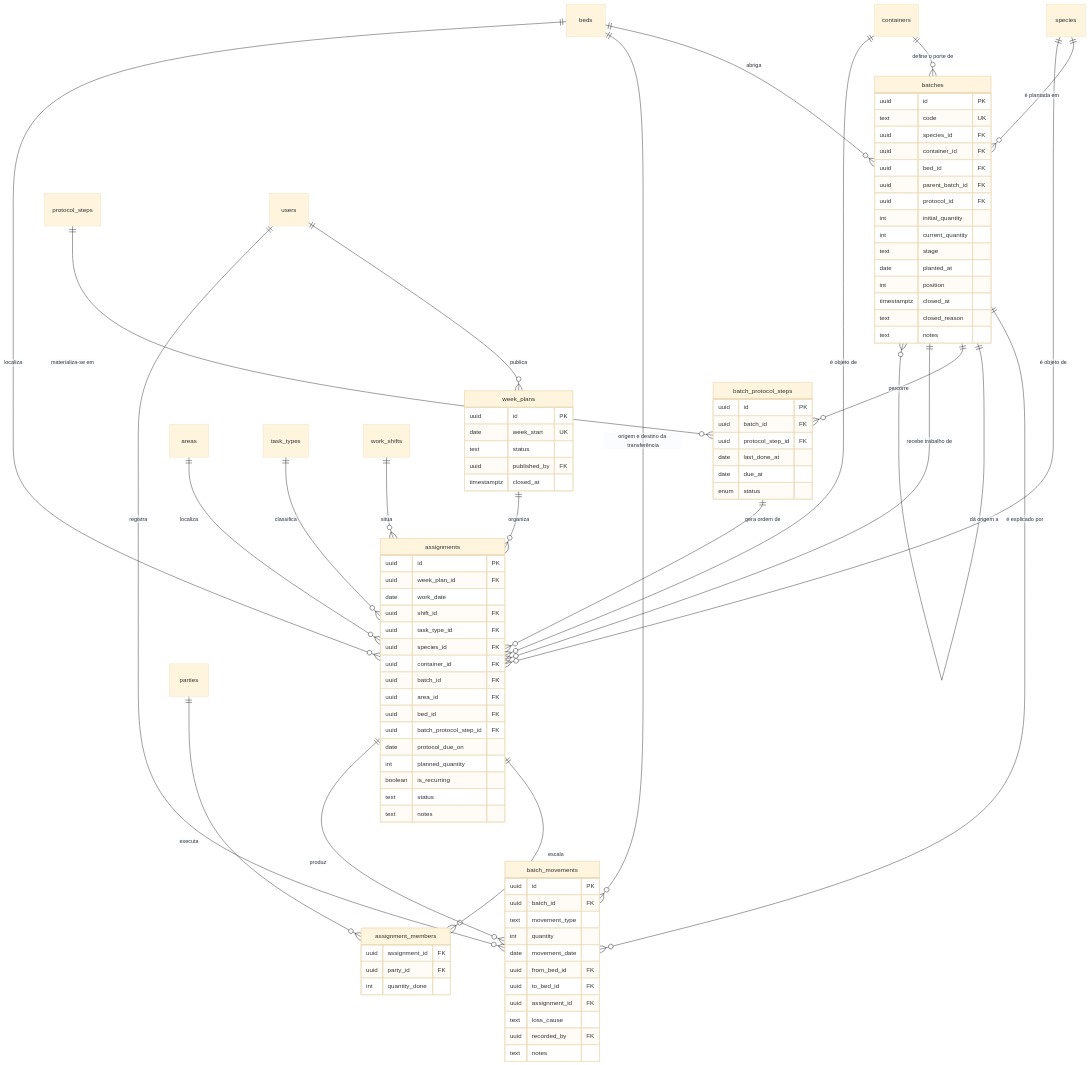
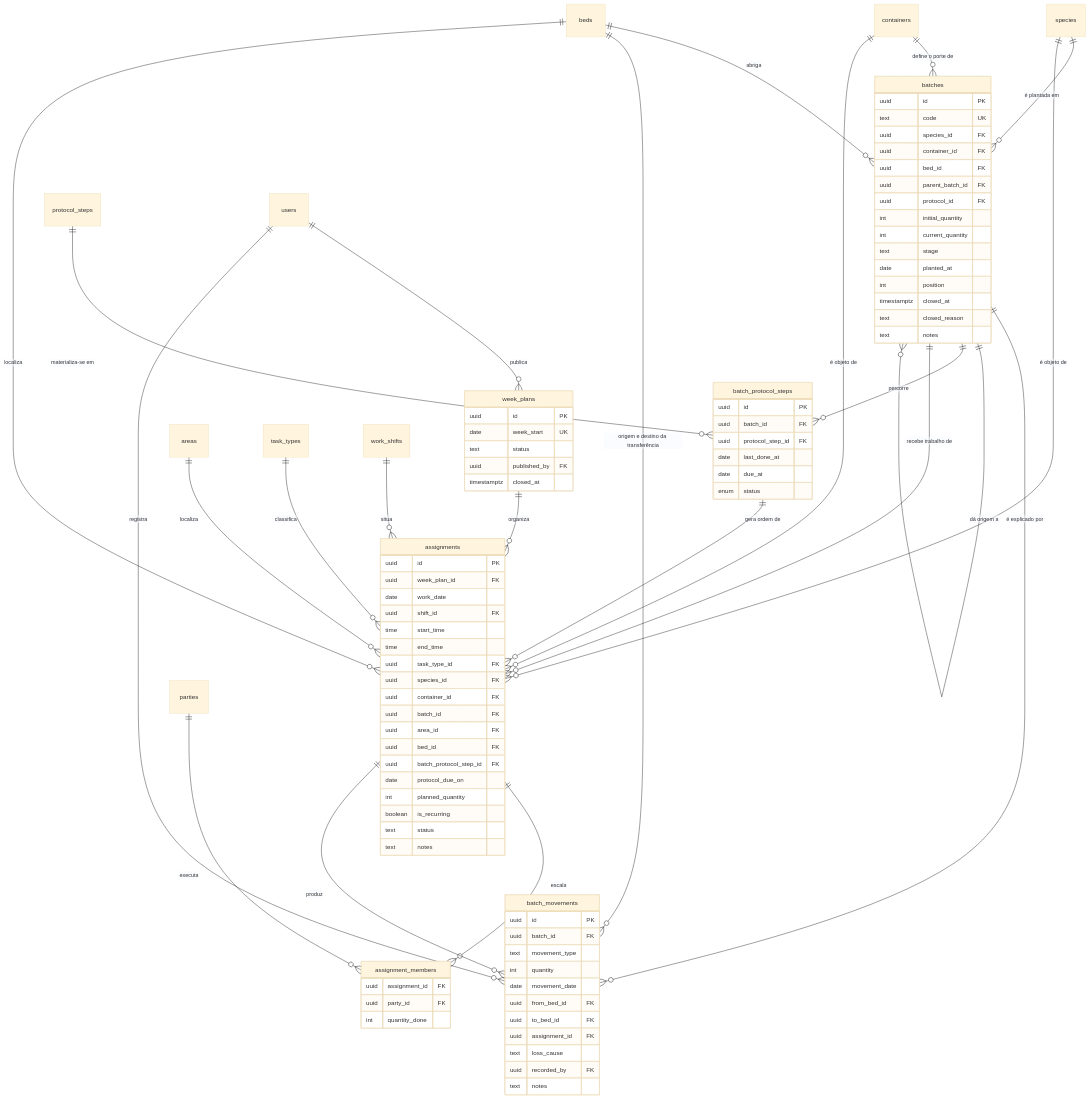
One commit to JoaoMudar/tcc changed the fourth of 5 diagrams in docs/engenharia/C-modelagem/C6-modelo-entidade-relacionamento.md. Above: the diagram before and after it, drawn with Mermaid (base theme). The commit also changed other lines of this file and 22 other files, not shown here.

```diff
--- a/docs/engenharia/C-modelagem/C6-modelo-entidade-relacionamento.md
+++ b/docs/engenharia/C-modelagem/C6-modelo-entidade-relacionamento.md
@@ -465,6 +465,8 @@
     uuid    week_plan_id FK
     date    work_date
     uuid    shift_id FK
+    time    start_time
+    time    end_time
     uuid    task_type_id FK
     uuid    species_id FK
     uuid    container_id FK
```
